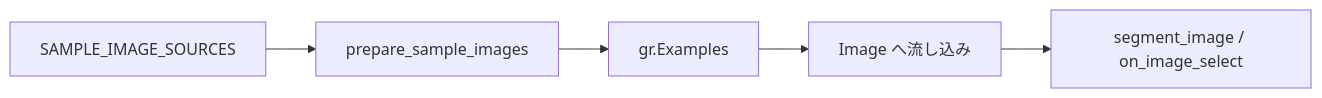
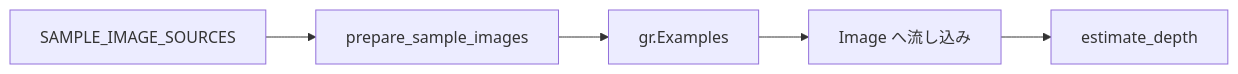
One commit to yryo1005/OpenCampus_Demo changed the second of 2 diagrams in document.md. Above: the diagram before and after it, drawn with Mermaid. The commit also changed other lines of this file and 3 other files, not shown here.

````diff
--- a/document.md
+++ b/document.md
@@ -50,7 +47,7 @@
 ```mermaid
 flowchart LR
     S1[SAMPLE_IMAGE_SOURCES] --> S2[prepare_sample_images]
     S2 --> S3[gr.Examples]
     S3 --> S4[Image へ流し込み]
-    S4 --> S5[segment_image / on_image_select]
+    S4 --> S5[estimate_depth]
 ```
````
